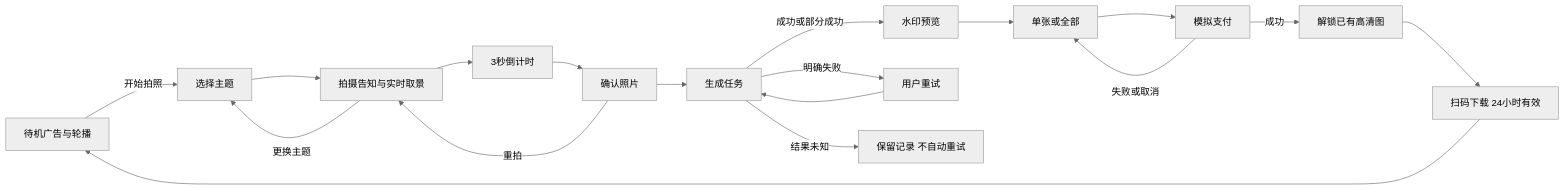
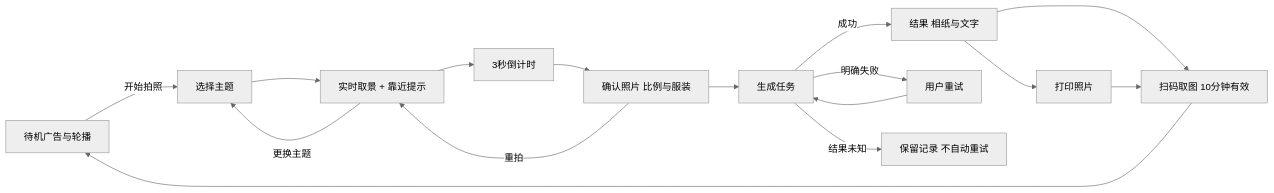
Before and after one commit to FANzR-arch/ai-photo-booth: the diagram in docs/功能梳理.md, drawn with Mermaid (neutral theme). The commit also changed other lines of this file and 51 other files, not shown here.

````diff
--- a/docs/功能梳理.md
+++ b/docs/功能梳理.md
@@ -6,20 +6,18 @@
 ```mermaid
 flowchart LR
  S[待机广告与轮播] -->|开始拍照| A[选择主题]
- A --> B[拍摄告知与实时取景]
+ A --> B[实时取景 + 靠近提示]
  B -->|更换主题| A
  B --> C[3秒倒计时]
- C --> D[确认照片]
+ C --> D[确认照片 比例与服装]
  D -->|重拍| B
  D --> E[生成任务]
- E -->|成功或部分成功| F[水印预览]
+ E -->|成功| F[结果 相纸与文字]
  E -->|明确失败| R[用户重试]
  R --> E
  E -->|结果未知| U[保留记录 不自动重试]
- F --> G[单张或全部]
- G --> H[模拟支付]
- H -->|成功| I[解锁已有高清图]
- H -->|失败或取消| G
- I --> J[扫码下载 24小时有效]
+ F --> P[打印照片]
+ F --> J[扫码取图 10分钟有效]
+ P --> J
  J --> S
 ```
````
